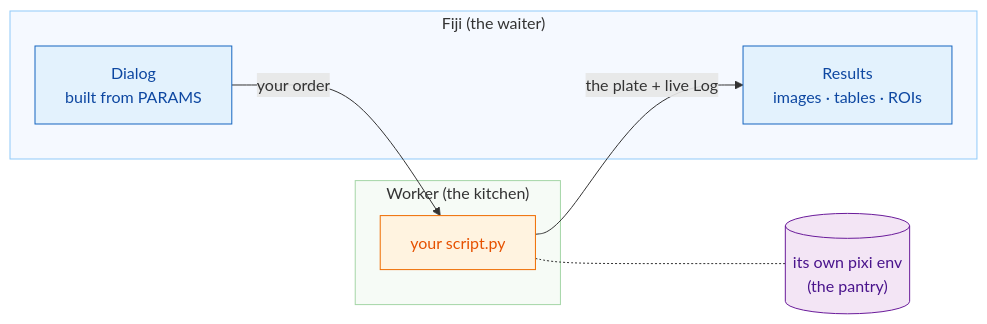
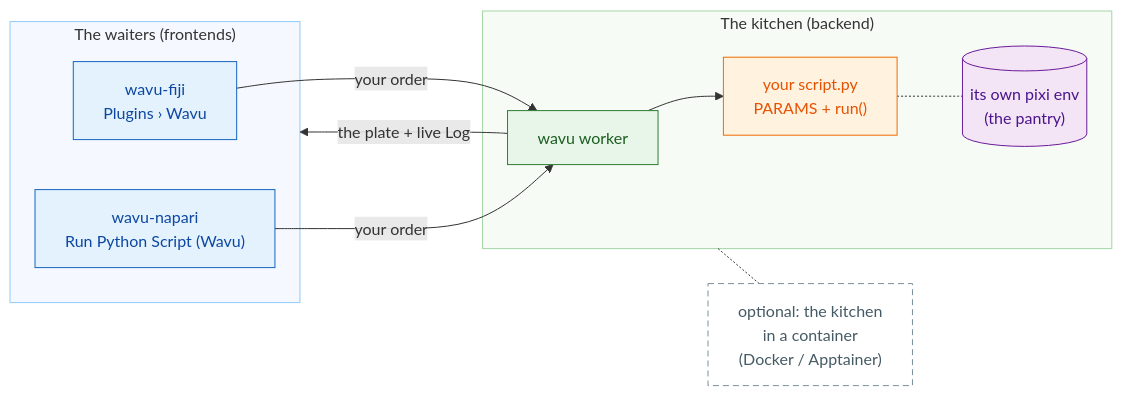
One commit to Oxford-Zeiss-Centre-of-Excellence/Wavu changed the diagram in guide/index.md. Above: the diagram before and after it, drawn with Mermaid. The commit also changed other lines of this file and 218 other files, not shown here.

First line of the commit message:
feat: Wavu core + two frontends (wavu-fiji, wavu-napari); remote/container connect; reworked guide

````diff
--- a/guide/index.md
+++ b/guide/index.md
@@ -19,22 +21,28 @@
 ```mermaid
 flowchart LR
-    subgraph FIJI["Fiji (the waiter)"]
-        D["Dialog<br/>built from PARAMS"]:::fiji
-        R["Results<br/>images · tables · ROIs"]:::fiji
+    subgraph FE["The waiters (frontends)"]
+        F["wavu-fiji<br/>Plugins › Wavu"]:::fiji
+        N["wavu-napari<br/>Run Python Script (Wavu)"]:::fiji
     end
-    subgraph PY["Worker (the kitchen)"]
-        S["your script.py"]:::script
+    subgraph BE["The kitchen (backend)"]
+        W["wavu worker"]:::worker
+        S["your script.py<br/>PARAMS + run()"]:::script
+        E[("its own pixi env<br/>(the pantry)")]:::env
     end
-    E[("its own pixi env<br/>(the pantry)")]:::env
+    C["optional: the kitchen<br/>in a container<br/>(Docker / Apptainer)"]:::box
+    BE -.- C
 
-    D -- "your order" --> S
+    F -- "your order" --> W
+    N -- "your order" --> W
+    W --> S
     S -.- E
-    S -- "the plate + live Log" --> R
+    W -- "the plate + live Log" --> FE
 
     classDef fiji   fill:#e3f2fd,stroke:#1565c0,color:#0d47a1
     classDef worker fill:#e8f5e9,stroke:#2e7d32,color:#1b5e20
     classDef script fill:#fff3e0,stroke:#ef6c00,color:#e65100
     classDef env    fill:#f3e5f5,stroke:#6a1b9a,color:#4a148c
-    style FIJI fill:#f5f9ff,stroke:#90caf9
-    style PY   fill:#f6fbf6,stroke:#a5d6a7
+    style FE fill:#f5f9ff,stroke:#90caf9
+    style BE fill:#f6fbf6,stroke:#a5d6a7
+    classDef box    fill:#ffffff,stroke:#78909c,stroke-dasharray: 6 4,color:#455a64
 ```
````
